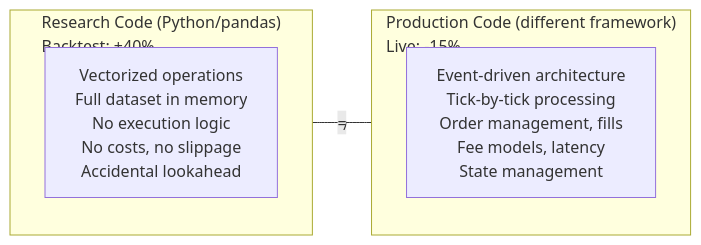
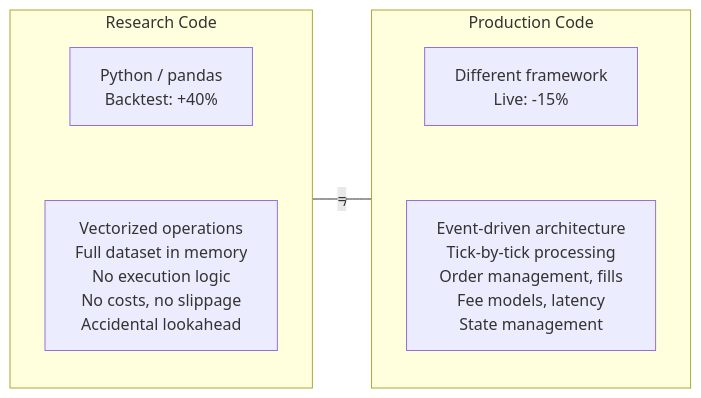
One commit to Clypt/docs changed the first of 2 diagrams in getting-started/why-clypt.mdx. Above: the diagram before and after it, drawn with Mermaid. The commit also changed other lines of this file and 12 other files, not shown here.

````diff
--- a/getting-started/why-clypt.mdx
+++ b/getting-started/why-clypt.mdx
@@ -12,10 +12,16 @@
 ```mermaid
 flowchart LR
-    subgraph RC["Research Code (Python/pandas)<br>Backtest: +40%"]
+    subgraph RC[" Research Code "]
+        direction TB
+        RT["Python / pandas<br>Backtest: +40%"]
         R1["Vectorized operations<br>Full dataset in memory<br>No execution logic<br>No costs, no slippage<br>Accidental lookahead"]
+        RT ~~~ R1
     end
-    RC -- "≠" --- PC
-    subgraph PC["Production Code (different framework)<br>Live: -15%"]
+    RC -- " ≠ " --- PC
+    subgraph PC[" Production Code "]
+        direction TB
+        PT["Different framework<br>Live: -15%"]
         P1["Event-driven architecture<br>Tick-by-tick processing<br>Order management, fills<br>Fee models, latency<br>State management"]
+        PT ~~~ P1
     end
 ```
````
